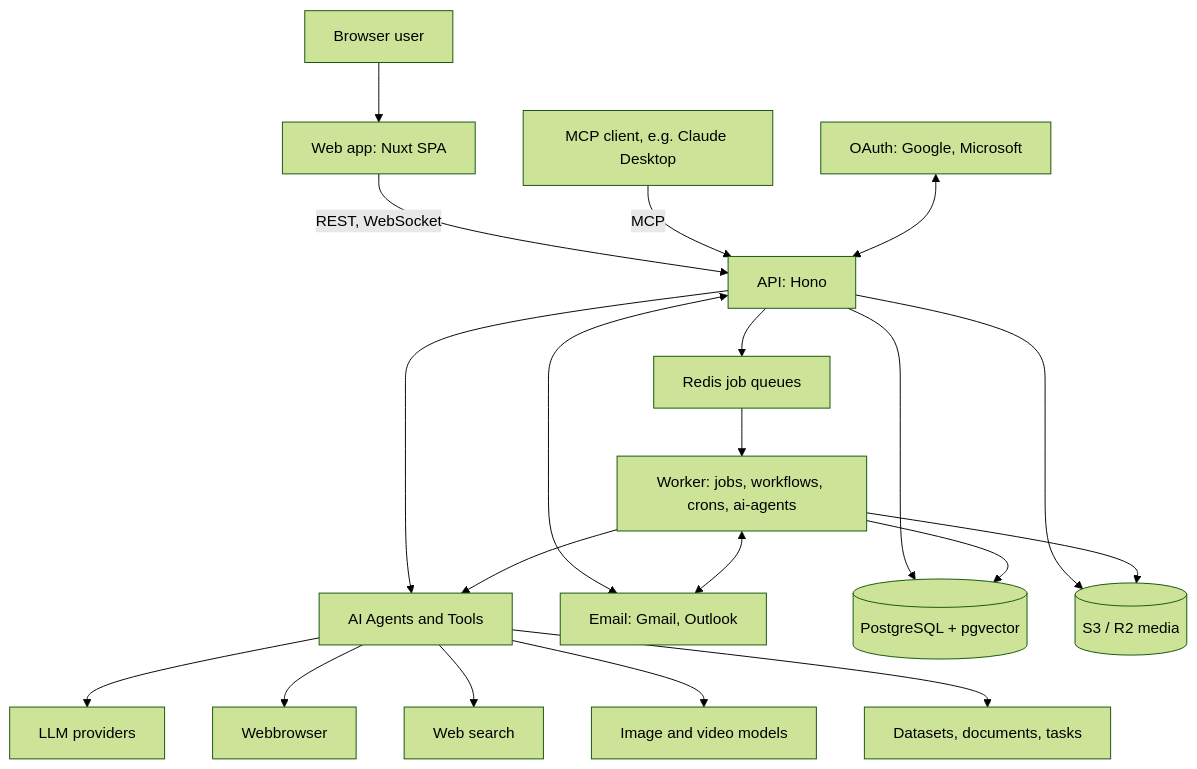
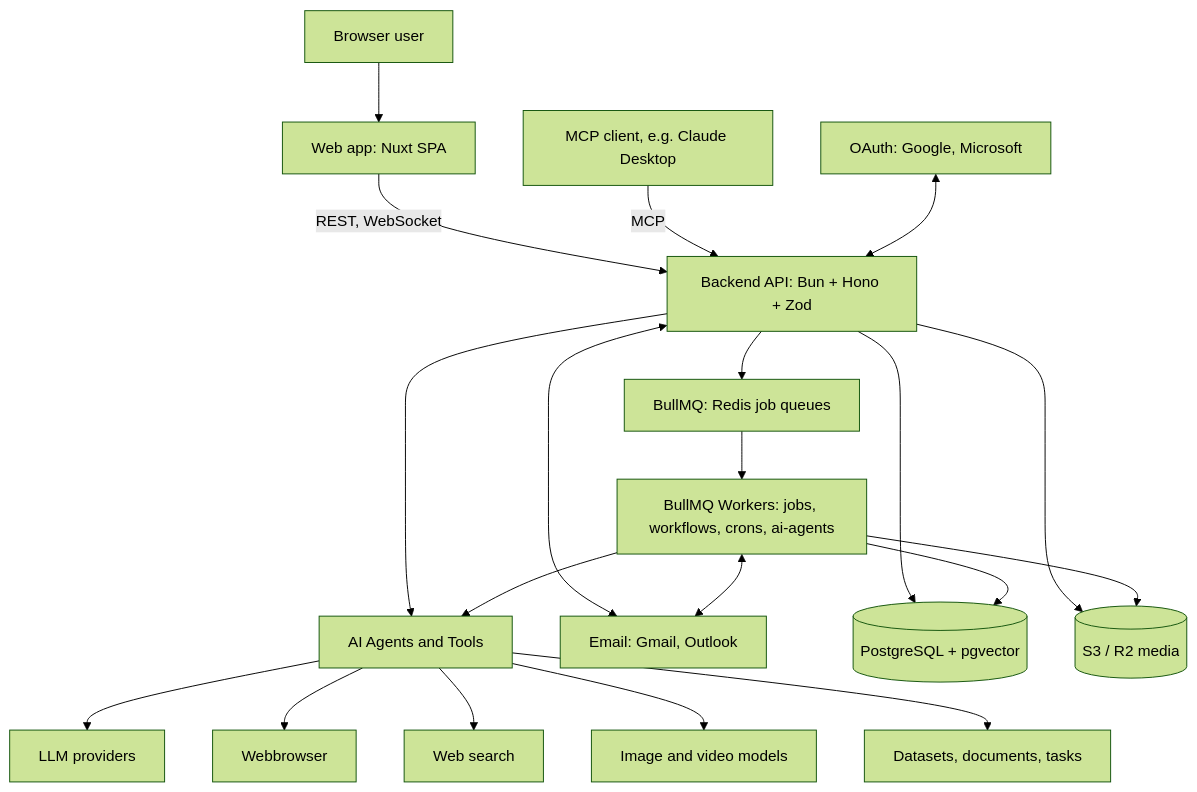
One commit to ragna-ai/ragna-studio changed the diagram in README.md. Above: the diagram before and after it, drawn with Mermaid (forest theme). The commit also changed 1 other file, not shown here.

Commit message:
refactor(worker): parse email job payloads via DTO fromJSON
Also clarify the stack labels in the README architecture diagram.

````diff
--- a/README.md
+++ b/README.md
@@ -172,22 +172,22 @@
 ```mermaid
 flowchart TB
   User[Browser user] --> Web[Web app: Nuxt SPA]
-  Web -->|REST, WebSocket| Api[API: Hono]
+  Web -->|REST, WebSocket| Api[Backend API: Bun + Hono + Zod]
   Desktop[MCP client, e.g. Claude Desktop] -->|MCP| Api
   Login[OAuth: Google, Microsoft] <--> Api
-  Api --> Queue[Redis job queues]
-  Queue --> Worker[Worker: jobs, workflows, crons, ai-agents]
+  Api --> Queue[BullMQ: Redis job queues]
+  Queue --> Worker[BullMQ Workers: jobs, workflows, crons, ai-agents]
   Api --> Agents[AI Agents and Tools]
   Worker --> Agents
   Agents --> LLMs[LLM providers]
   Agents --> Browser[Webbrowser]
   Agents --> Search[Web search]
   Agents --> Gen[Image and video models]
   Agents --> Datasets[Datasets, documents, tasks]
   Api <--> Mail[Email: Gmail, Outlook]
   Worker <--> Mail
   Api --> DB[(PostgreSQL + pgvector)]
   Worker --> DB
   Api --> Files[(S3 / R2 media)]
   Worker --> Files
 ```
````
